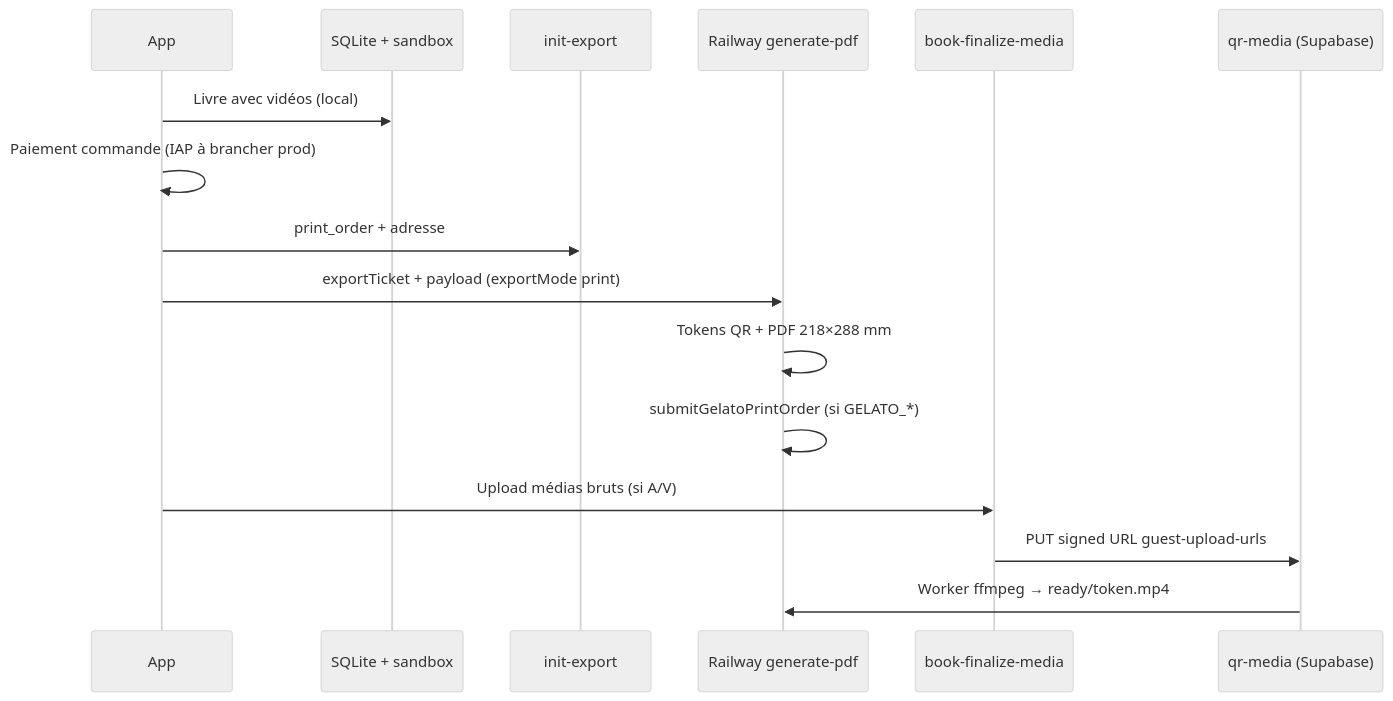
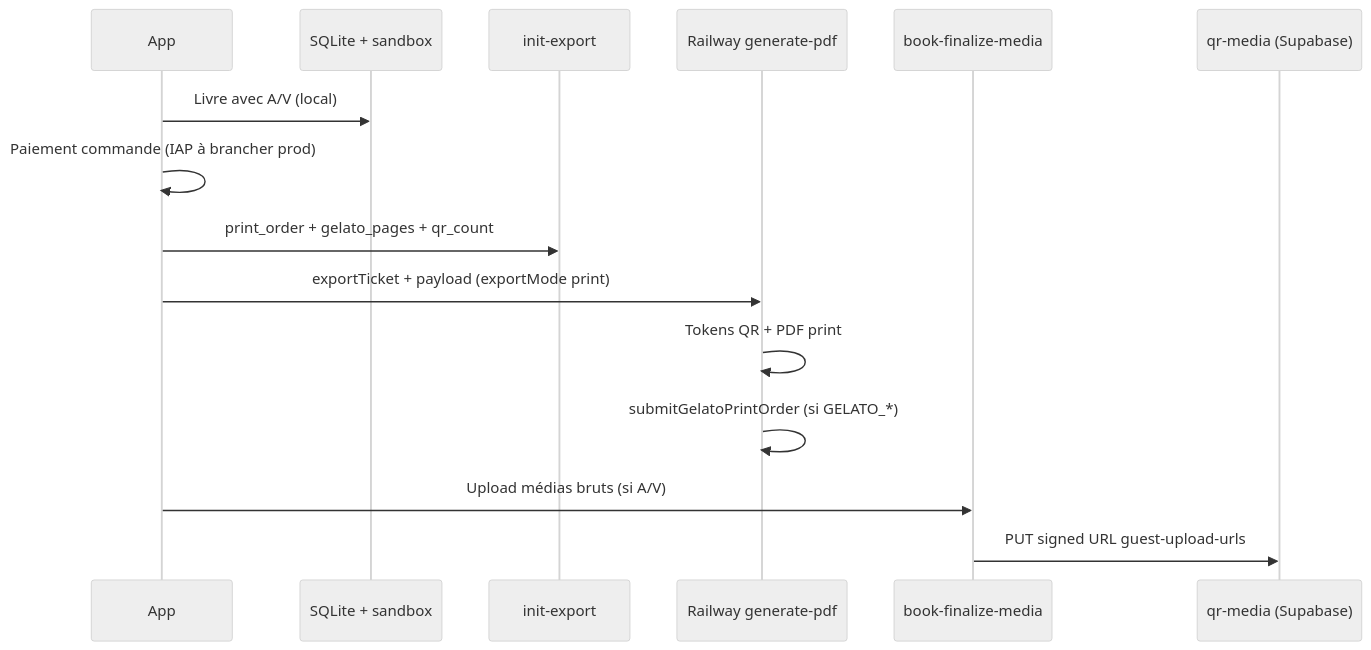
One commit to yembez/petitmo changed the diagram in docs/specs/free-tier-book-qr-av.md. Above: the diagram before and after it, drawn with Mermaid (neutral theme). The commit also changed other lines of this file and 71 other files, not shown here.

````diff
--- a/docs/specs/free-tier-book-qr-av.md
+++ b/docs/specs/free-tier-book-qr-av.md
@@ -53,19 +55,18 @@
 ```mermaid
 sequenceDiagram
   participant App
   participant Local as SQLite + sandbox
   participant Edge as init-export
   participant PDF as Railway generate-pdf
   participant Final as book-finalize-media
   participant Storage as qr-media (Supabase)
 
-  App->>Local: Livre avec vidéos (local)
+  App->>Local: Livre avec A/V (local)
   App->>App: Paiement commande (IAP à brancher prod)
-  App->>Edge: print_order + adresse
+  App->>Edge: print_order + gelato_pages + qr_count
   App->>PDF: exportTicket + payload (exportMode print)
-  PDF->>PDF: Tokens QR + PDF 218×288 mm
+  PDF->>PDF: Tokens QR + PDF print
   PDF->>PDF: submitGelatoPrintOrder (si GELATO_*)
   App->>Final: Upload médias bruts (si A/V)
   Final->>Storage: PUT signed URL guest-upload-urls
-  Storage->>PDF: Worker ffmpeg → ready/token.mp4
 ```
````
